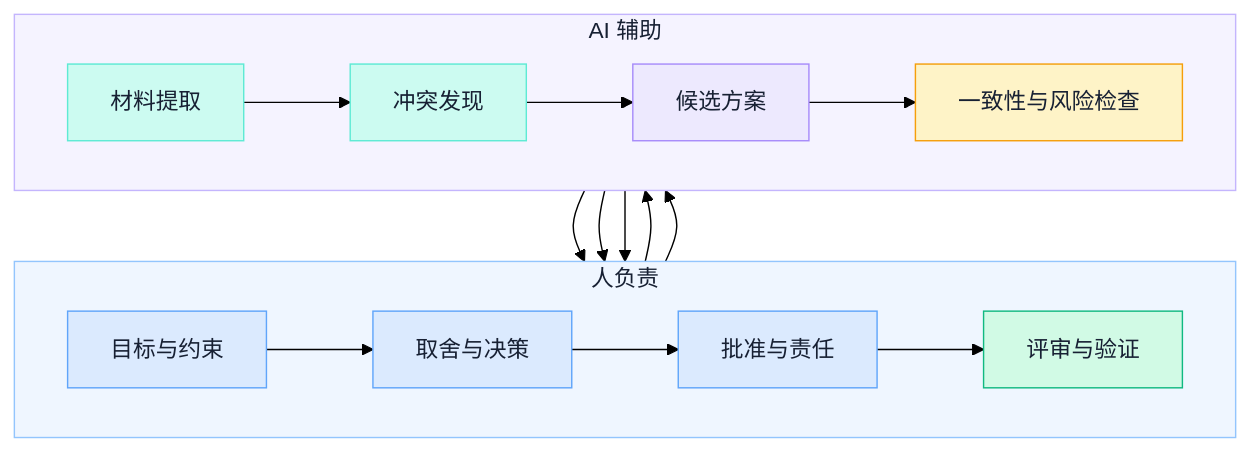
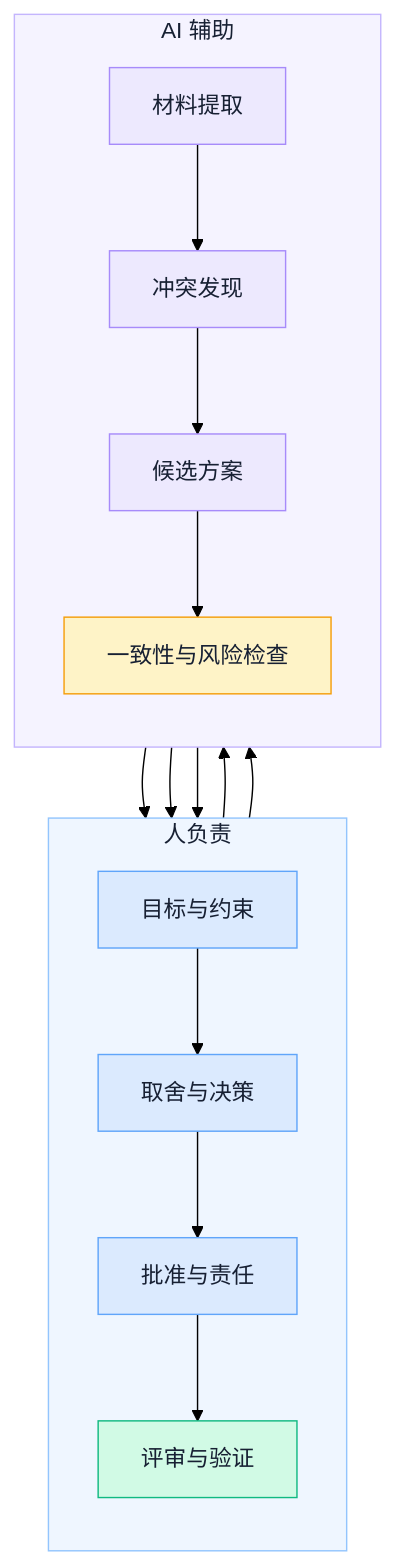
The second of 2 diagrams in backend/app/ai_notes/content/05-thinking-and-methods/01-ai-native-architecture-design.md (ink-hz/AI-Agent-Platform), drawn with Mermaid (forest theme) before and after one commit. The commit also changed other lines of this file and 5 other files, not shown here.

Commit message:
docs: finalize AI notes diagram quality

````diff
--- a/backend/app/ai_notes/content/05-thinking-and-methods/01-ai-native-architecture-design.md
+++ b/backend/app/ai_notes/content/05-thinking-and-methods/01-ai-native-architecture-design.md
@@ -63,32 +63,31 @@
 ```mermaid
 flowchart TB
     subgraph HUMAN["人负责"]
-        direction LR
+        direction TB
         H1["目标与约束"] --> H2["取舍与决策"] --> H3["批准与责任"] --> H4["评审与验证"]
     end
 
     subgraph AI["AI 辅助"]
-        direction LR
+        direction TB
         A1["材料提取"] --> A2["冲突发现"] --> A3["候选方案"] --> A4["一致性与风险检查"]
     end
 
     H1 --> A1
     A2 --> H2
     A3 --> H2
     H2 --> A4
     A4 --> H3
 
     classDef input fill:#DBEAFE,stroke:#60A5FA,color:#172033
     classDef model fill:#EDE9FE,stroke:#A78BFA,color:#172033
     classDef data fill:#CCFBF1,stroke:#5EEAD4,color:#172033
     classDef policy fill:#FEF3C7,stroke:#F59E0B,color:#172033
     classDef success fill:#D1FAE5,stroke:#10B981,color:#172033
 
     class H1,H2,H3 input
     class H4 success
-    class A1,A2 data
-    class A3 model
+    class A1,A2,A3 model
     class A4 policy
     style HUMAN fill:#EFF6FF,stroke:#93C5FD,color:#172033
     style AI fill:#F5F3FF,stroke:#C4B5FD,color:#172033
 ```
````
